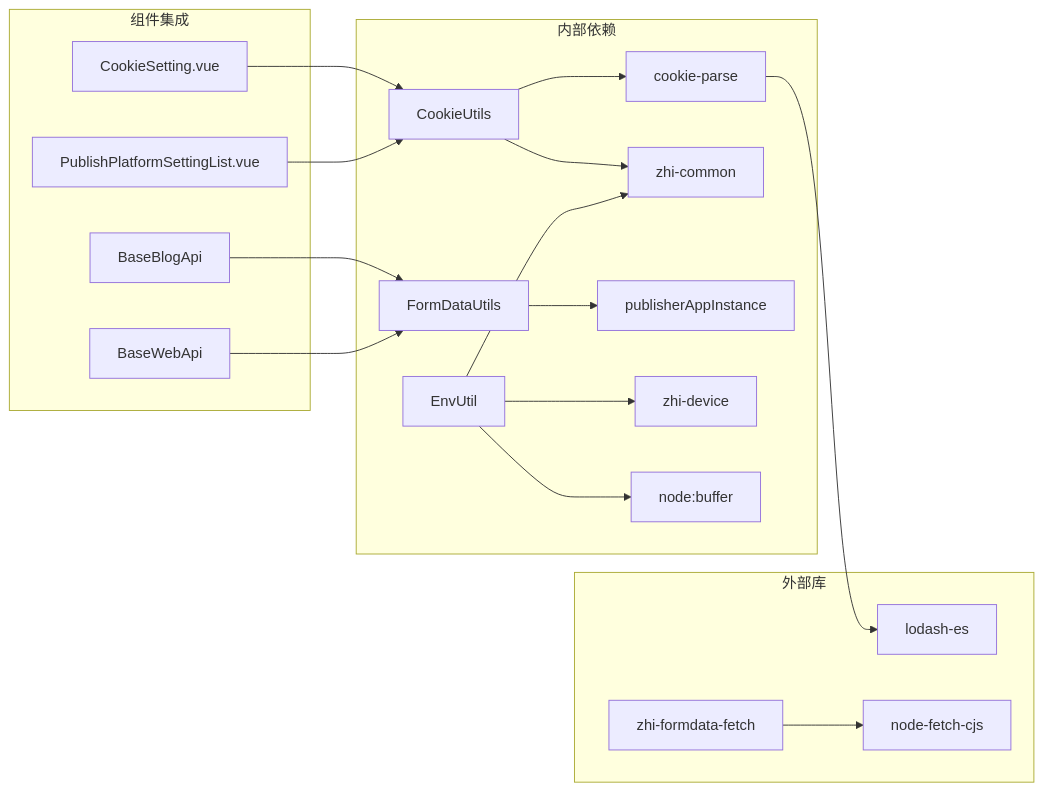
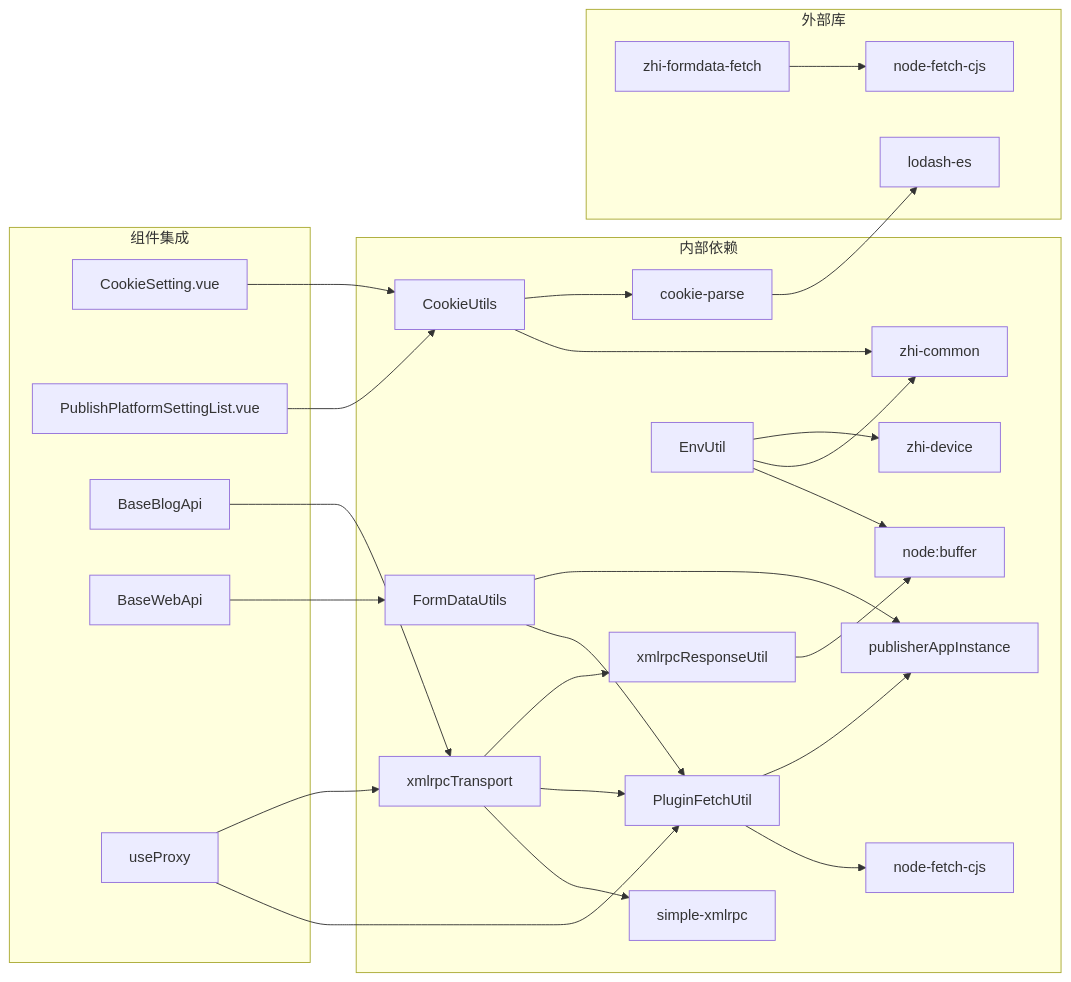
One commit to terwer/siyuan-plugin-publisher changed the tenth of 10 diagrams in .qoder/repowiki/zh/content/API参考文档/工具函数API/网络和Cookie工具.md. Above: the diagram before and after it, drawn with Mermaid. The commit also changed other lines of this file and 15 other files, not shown here.

First line of the commit message:
refactor(proxy): redesign form upload transport to unified top-level architecture

````diff
--- a/.qoder/repowiki/zh/content/API参考文档/工具函数API/网络和Cookie工具.md
+++ b/.qoder/repowiki/zh/content/API参考文档/工具函数API/网络和Cookie工具.md
@@ -293,21 +516,30 @@
 ```mermaid
 graph LR
 subgraph "内部依赖"
 CU[CookieUtils] --> CP[cookie-parse]
 CU --> SC[zhi-common]
 FDU[FormDataUtils] --> PAI[publisherAppInstance]
+FDU --> PFT[PluginFetchUtil]
 EU[EnvUtil] --> SD[zhi-device]
 EU --> SC
 EU --> NB[node:buffer]
+PFT --> PAI[publisherAppInstance]
+PFT --> NF[node-fetch-cjs]
+XRT[xmlrpcTransport] --> XRNU[xmlrpcResponseUtil]
+XRT --> PFT
+XRT --> SR[simple-xmlrpc]
+XRNU --> NB
 end
 subgraph "外部库"
 CP --> Lodash[lodash-es]
 ZFD[zhi-formdata-fetch] --> NFetch[node-fetch-cjs]
 end
 subgraph "组件集成"
 CS[CookieSetting.vue] --> CU
 PPSL[PublishPlatformSettingList.vue] --> CU
-BA[BaseBlogApi] --> FDU
+BA[BaseBlogApi] --> XRT
 BWA[BaseWebApi] --> FDU
+UP[useProxy] --> XRT
+UP --> PFT
 end
 ```
````
